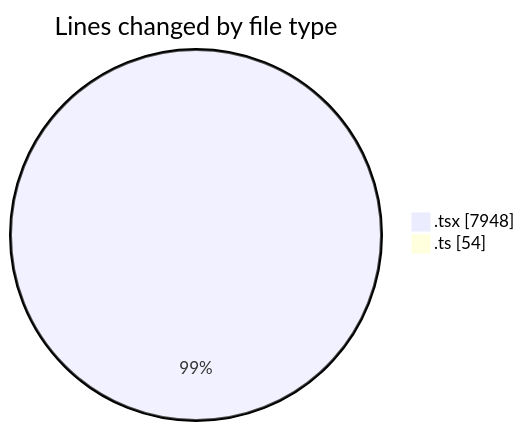
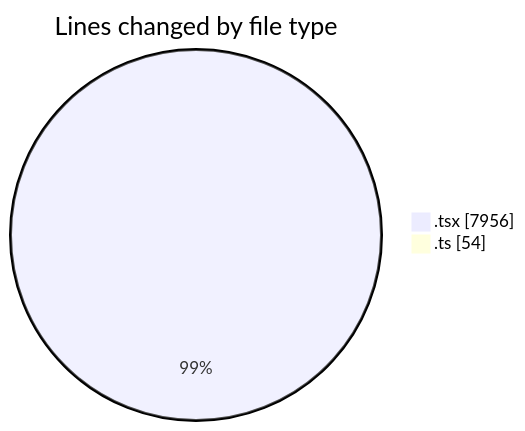
One commit to nxtqubesakshisongat/code-tracking changed the first of 2 diagrams in 2026-03-05/nxtqube_webapp/README.md. Above: the diagram before and after it, drawn with Mermaid. The commit also changed other lines of this file and 1 other file, not shown here.

````diff
--- a/2026-03-05/nxtqube_webapp/README.md
+++ b/2026-03-05/nxtqube_webapp/README.md
@@ -31,6 +31,6 @@
 ```mermaid
 pie showData
 title Lines changed by file type
-".tsx" : 7948
+".tsx" : 7956
 ".ts" : 54
 ```
````
